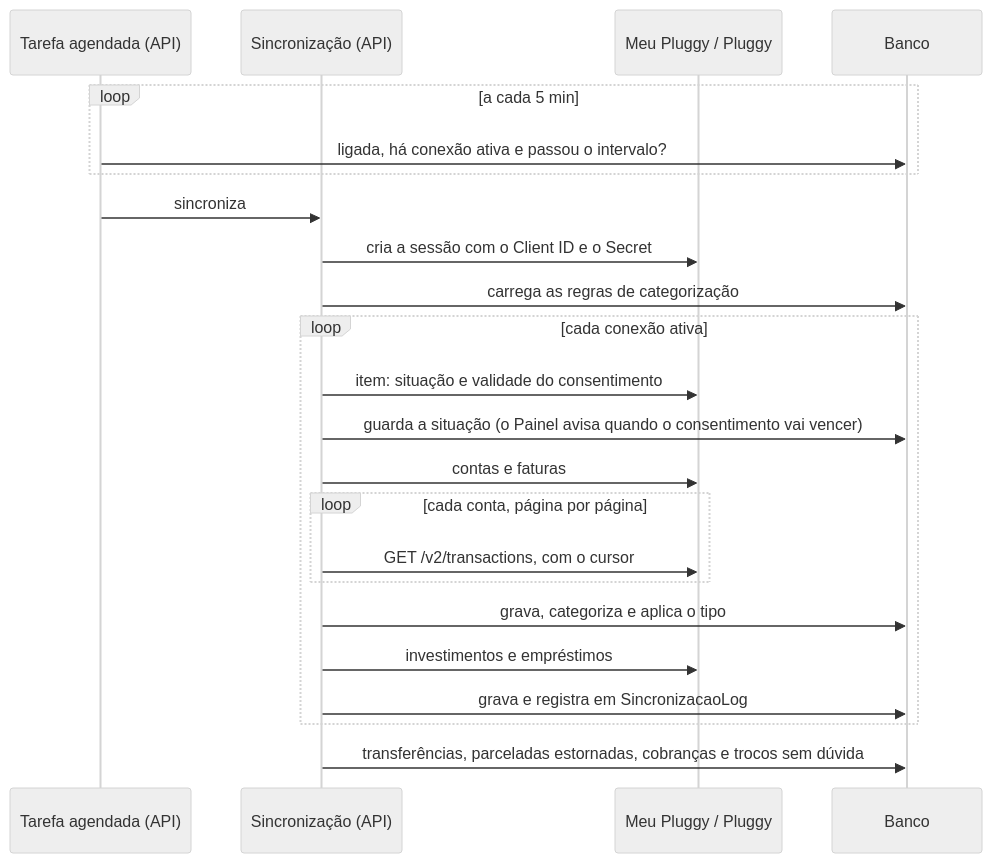
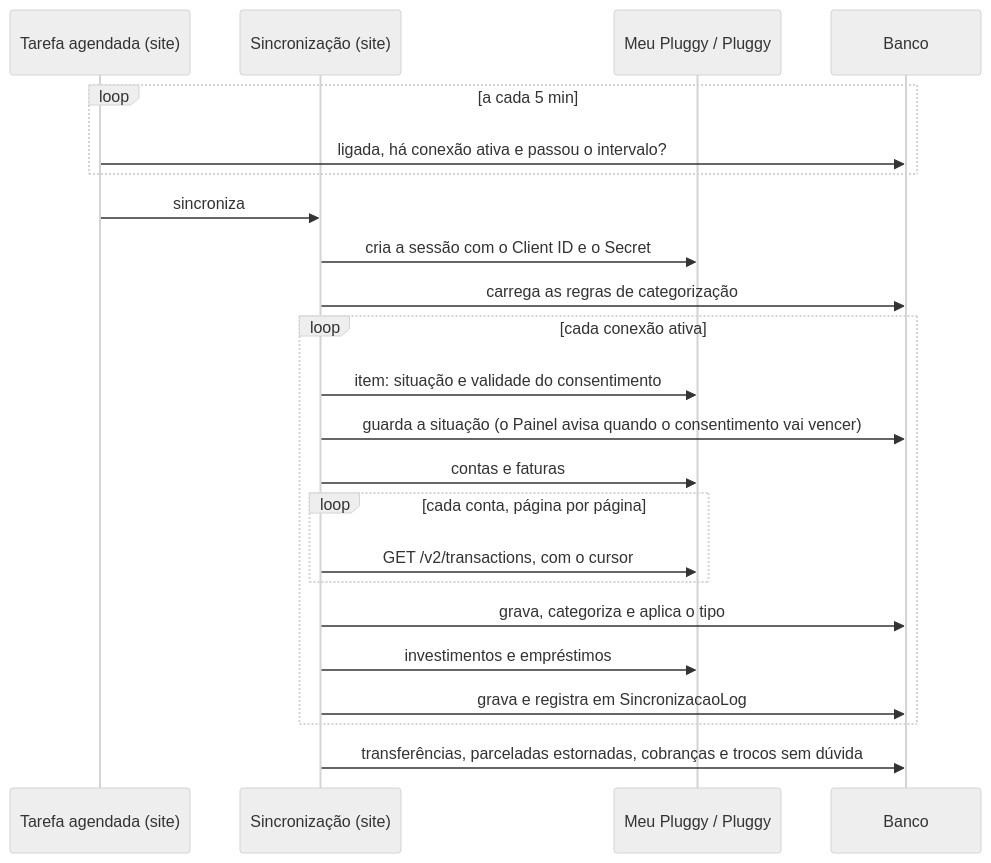
The third of 4 diagrams in docs/arquitetura/fluxos.md (LucasDesenvGit/financas-local), drawn with Mermaid (neutral theme) before and after one commit. The commit also changed other lines of this file and 28 other files, not shown here.

````diff
--- a/docs/arquitetura/fluxos.md
+++ b/docs/arquitetura/fluxos.md
@@ -106,26 +75,26 @@
 ```mermaid
 sequenceDiagram
-    participant Tarefa as Tarefa agendada (API)
-    participant Sinc as Sincronização (API)
+    participant Tarefa as Tarefa agendada (site)
+    participant Sinc as Sincronização (site)
     participant Pluggy as Meu Pluggy / Pluggy
     participant BD as Banco
 
     loop a cada 5 min
         Tarefa->>BD: ligada, há conexão ativa e passou o intervalo?
     end
     Tarefa->>Sinc: sincroniza
     Sinc->>Pluggy: cria a sessão com o Client ID e o Secret
     Sinc->>BD: carrega as regras de categorização
     loop cada conexão ativa
         Sinc->>Pluggy: item: situação e validade do consentimento
         Sinc->>BD: guarda a situação (o Painel avisa quando o consentimento vai vencer)
         Sinc->>Pluggy: contas e faturas
         loop cada conta, página por página
             Sinc->>Pluggy: GET /v2/transactions, com o cursor
         end
         Sinc->>BD: grava, categoriza e aplica o tipo
         Sinc->>Pluggy: investimentos e empréstimos
         Sinc->>BD: grava e registra em SincronizacaoLog
     end
     Sinc->>BD: transferências, parceladas estornadas, cobranças e trocos sem dúvida
 ```
````
